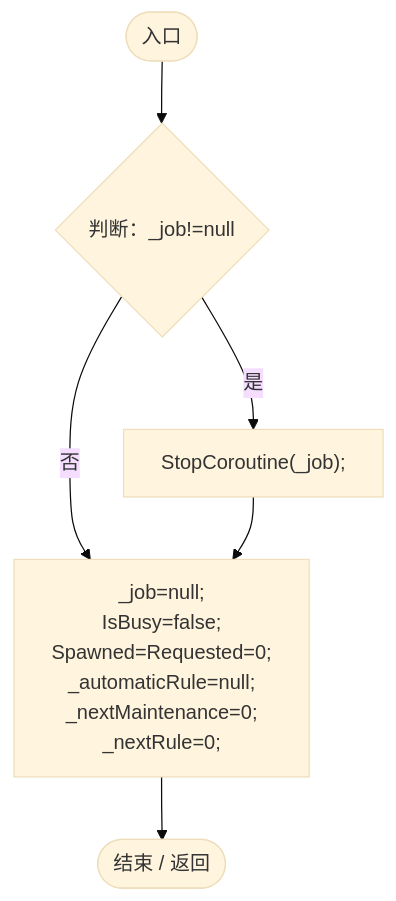
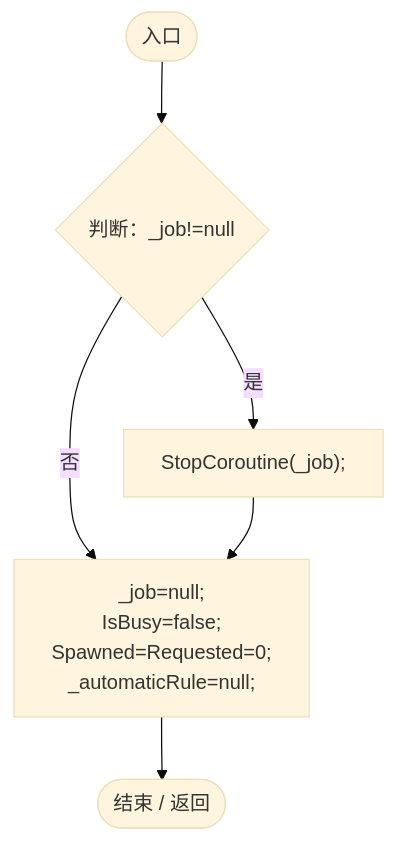
One commit to xhs6666/Darwin_paradise changed diagram 26 of 27 in Docs/运行流程图/脚本/1c13222a547b265c.md. Above: the diagram before and after it, drawn with Mermaid (base theme). The commit also changed other lines of this file and 114 other files, not shown here.

````diff
--- a/Docs/运行流程图/脚本/1c13222a547b265c.md
+++ b/Docs/运行流程图/脚本/1c13222a547b265c.md
@@ -1054,14 +848,14 @@
 ```mermaid
 flowchart TD
   b0(["入口"])
   b1{"判断：_job!=null"}
   b2["StopCoroutine(_job);"]
-  b3["_job=null;<br/>IsBusy=false;<br/>Spawned=Requested=0;<br/>_automaticRule=null;<br/>_nextMaintenance=0;<br/>_nextRule=0;"]
+  b3["_job=null;<br/>IsBusy=false;<br/>Spawned=Requested=0;<br/>_automaticRule=null;"]
   b4(["结束 / 返回"])
   b0 --> b1
   b1 -->|"是"| b2
   b1 -->|"否"| b3
   b2 --> b3
   b3 --> b4
 
 ```
````
